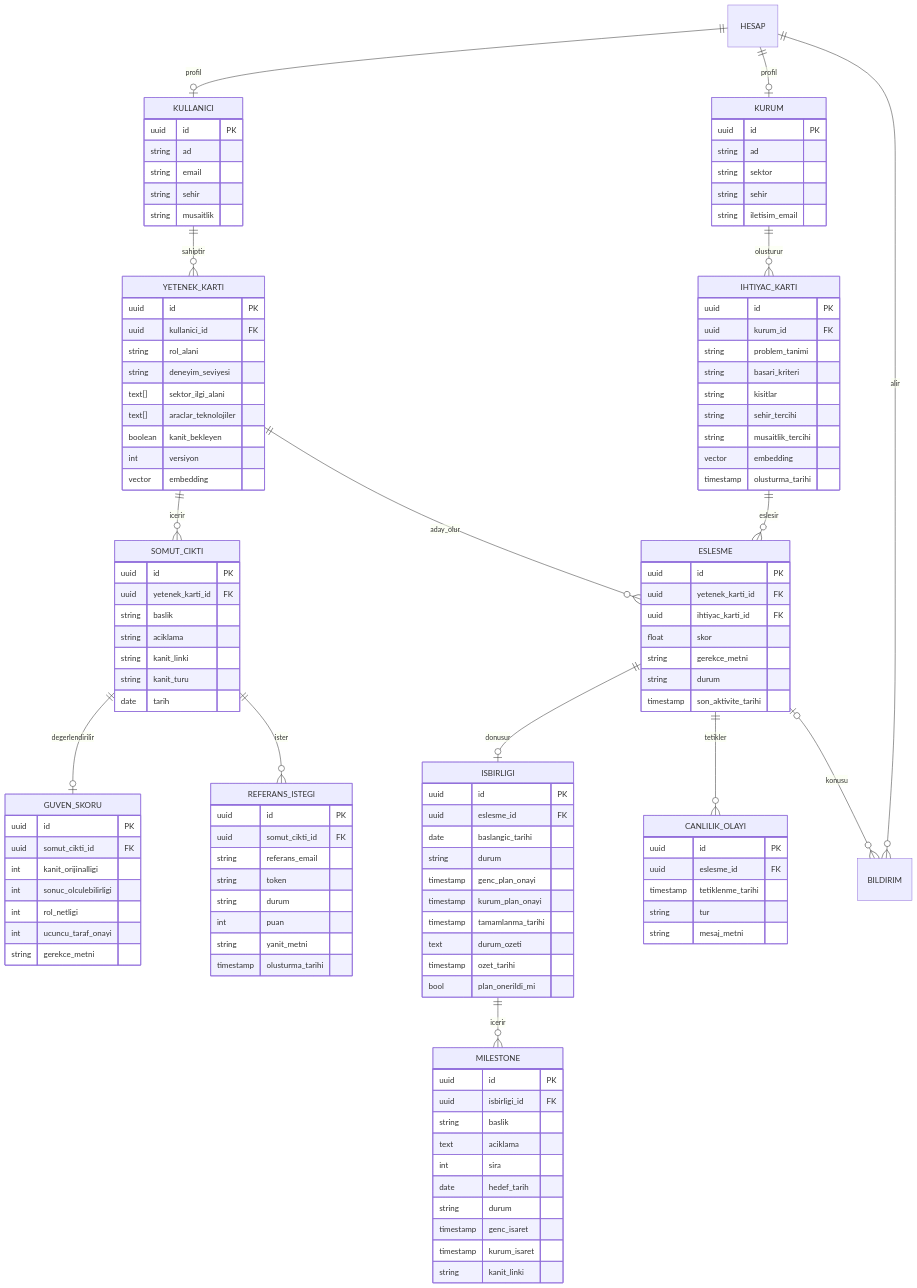
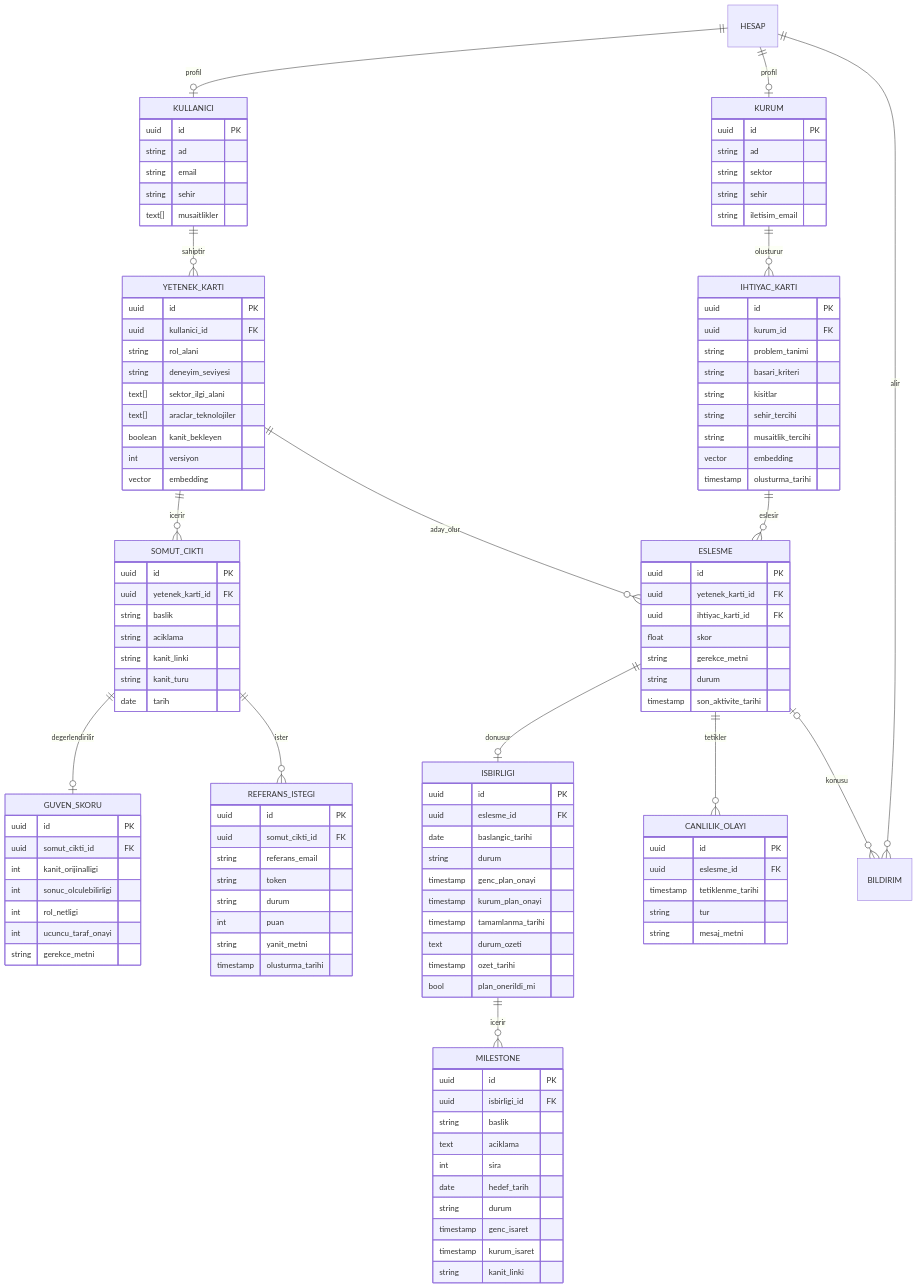
Before and after one commit to zuhrekorhn/Zemin360-Hackathon: the diagram in docs/data-schema.md, drawn with Mermaid. The commit also changed other lines of this file and 20 other files, not shown here.

```diff
--- a/docs/data-schema.md
+++ b/docs/data-schema.md
@@ -24,7 +24,7 @@
     string ad
     string email
     string sehir
-    string musaitlik
+    text[] musaitlikler
   }
   YETENEK_KARTI {
     uuid id PK
```
